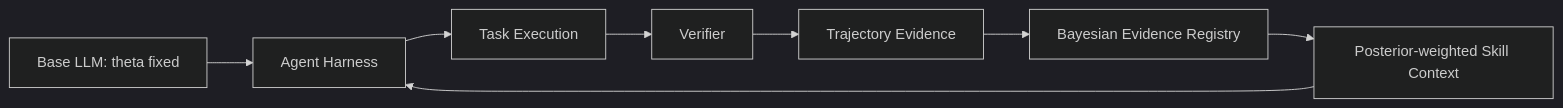
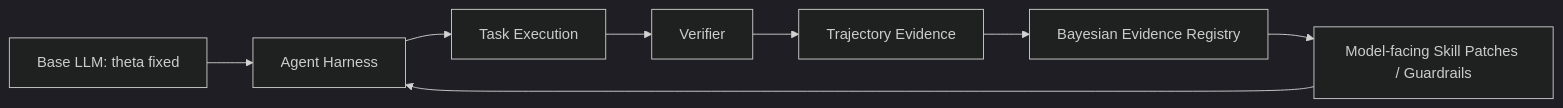
Before and after one commit to DataArcTech/Bayesian-Agent: the third of 3 diagrams in docs/articles/bayesian-evidence-acquired-learning.md, drawn with Mermaid (dark theme). The commit also changed other lines of this file and 23 other files, not shown here.

````diff
--- a/docs/articles/bayesian-evidence-acquired-learning.md
+++ b/docs/articles/bayesian-evidence-acquired-learning.md
@@ -1103,10 +1108,10 @@
 ```mermaid
 flowchart LR
     A["Base LLM: theta fixed"] --> B["Agent Harness"]
     B --> C["Task Execution"]
     C --> D["Verifier"]
     D --> E["Trajectory Evidence"]
     E --> F["Bayesian Evidence Registry"]
-    F --> G["Posterior-weighted Skill Context"]
+    F --> G["Model-facing Skill Patches / Guardrails"]
     G --> B
 ```
````
